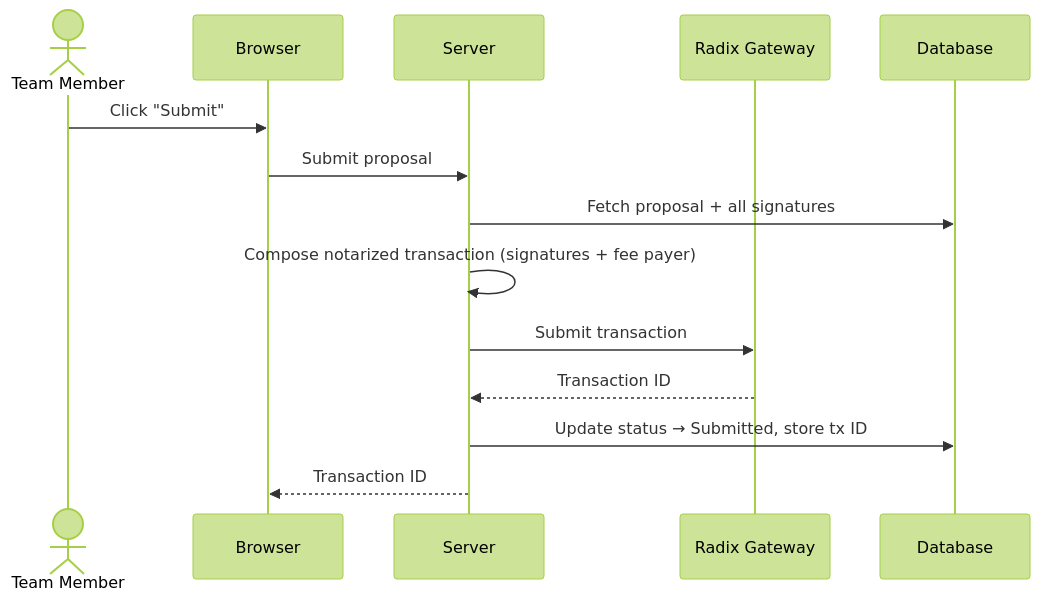
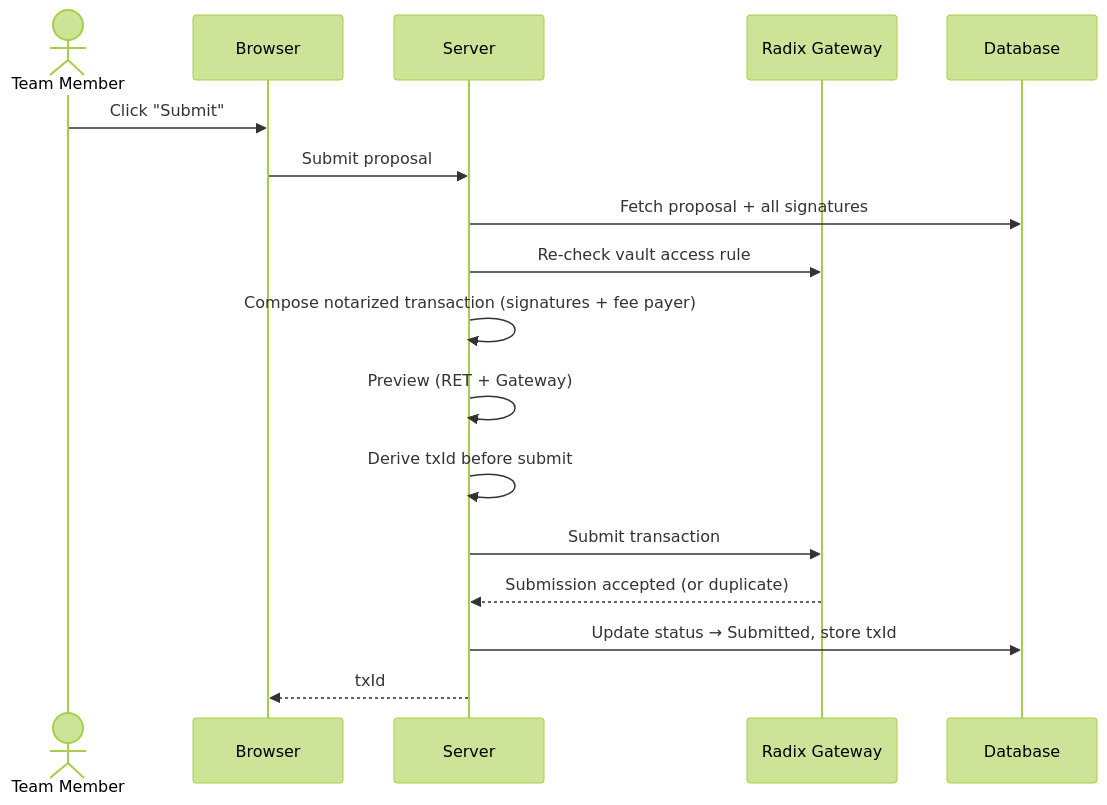
The seventh of 8 diagrams in docs/PRODUCT_SCOPE.md (xstelea/radix-vaults), drawn with Mermaid (forest theme) before and after one commit. The commit also changed other lines of this file and 1 other file, not shown here.

````diff
--- a/docs/PRODUCT_SCOPE.md
+++ b/docs/PRODUCT_SCOPE.md
@@ -288,17 +282,20 @@
 ```mermaid
 sequenceDiagram
     actor U as Team Member
     participant B as Browser
     participant S as Server
     participant GW as Radix Gateway
     participant DB as Database
 
     U->>B: Click "Submit"
     B->>S: Submit proposal
     S->>DB: Fetch proposal + all signatures
+    S->>GW: Re-check vault access rule
     S->>S: Compose notarized transaction (signatures + fee payer)
+    S->>S: Preview (RET + Gateway)
+    S->>S: Derive txId before submit
     S->>GW: Submit transaction
-    GW-->>S: Transaction ID
-    S->>DB: Update status → Submitted, store tx ID
-    S-->>B: Transaction ID
+    GW-->>S: Submission accepted (or duplicate)
+    S->>DB: Update status → Submitted, store txId
+    S-->>B: txId
 ```
````
